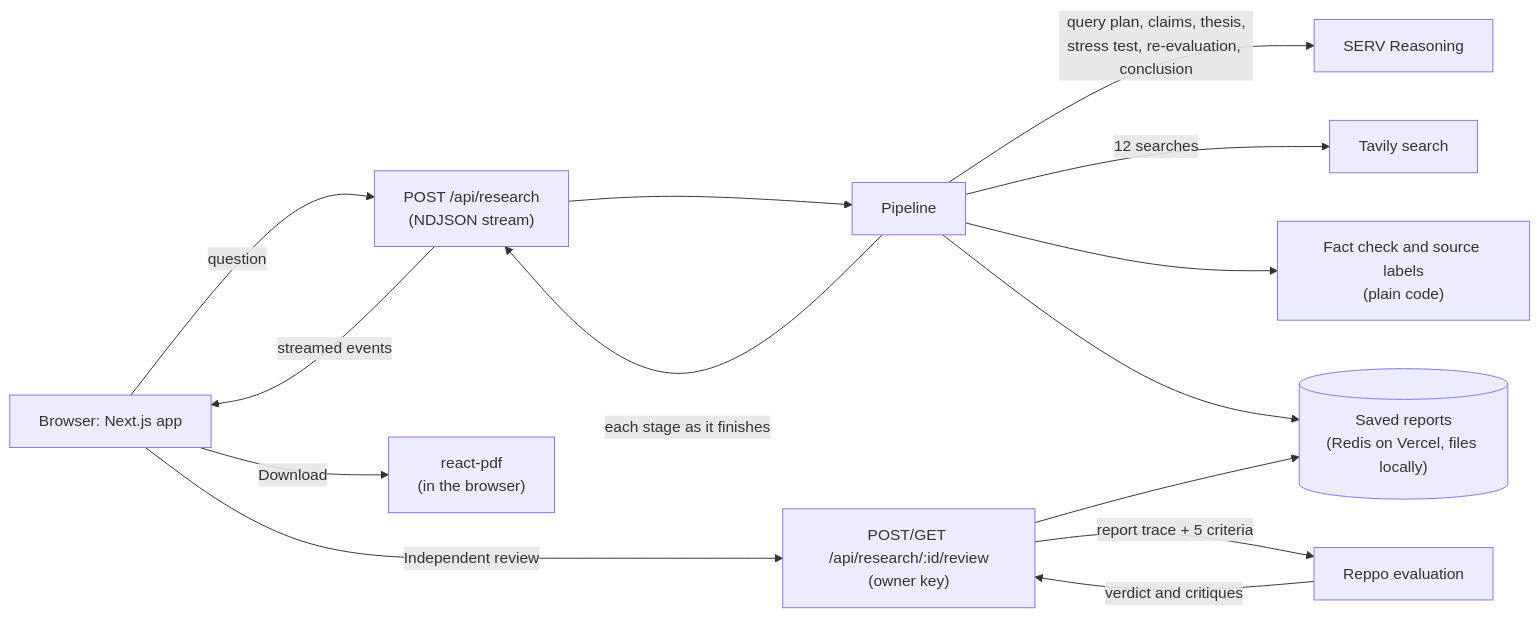
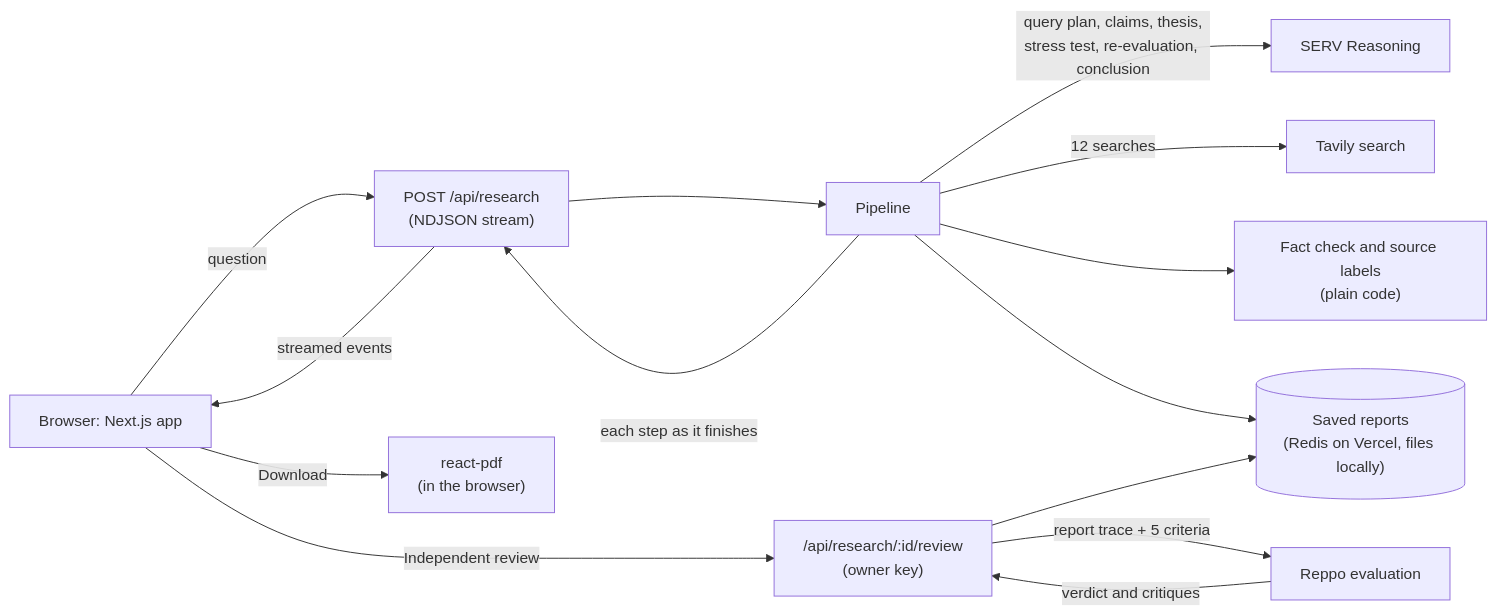
One commit to Mhiah/crux changed the diagram in README.md. Above: the diagram before and after it, drawn with Mermaid. The commit also changed other lines of this file, not shown here.

First line of the commit message:
docs: reorder the README by importance around Independent review

````diff
--- a/README.md
+++ b/README.md
@@ -178,27 +87,27 @@
 ```mermaid
 flowchart LR
   Browser[Browser: Next.js app]
   API["POST /api/research<br/>(NDJSON stream)"]
   Pipeline[Pipeline]
   Tavily[Tavily search]
   SERV[SERV Reasoning]
   Check["Fact check and source labels<br/>(plain code)"]
   Store[("Saved reports<br/>(Redis on Vercel, files locally)")]
-  Review["POST/GET /api/research/:id/review<br/>(owner key)"]
+  Review["/api/research/:id/review<br/>(owner key)"]
   Reppo[Reppo evaluation]
   PDF["react-pdf<br/>(in the browser)"]
 
   Browser -->|question| API
   API --> Pipeline
   Pipeline -->|query plan, claims, thesis,<br/>stress test, re-evaluation, conclusion| SERV
   Pipeline -->|12 searches| Tavily
   Pipeline --> Check
-  Pipeline -->|each stage as it finishes| API
+  Pipeline -->|each step as it finishes| API
   API -->|streamed events| Browser
   Pipeline --> Store
   Browser -->|Independent review| Review
   Review -->|report trace + 5 criteria| Reppo
   Reppo -->|verdict and critiques| Review
   Review --> Store
   Browser -->|Download| PDF
 ```
````
